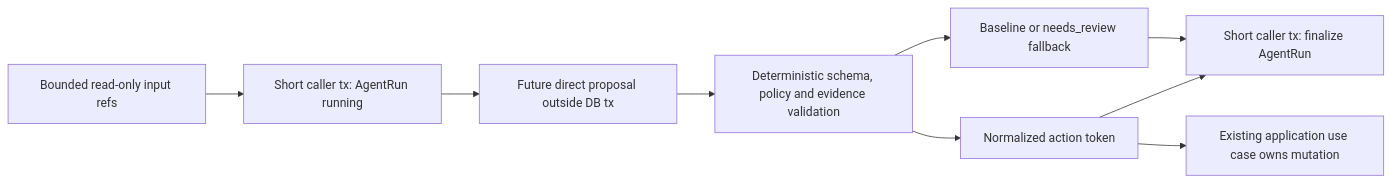
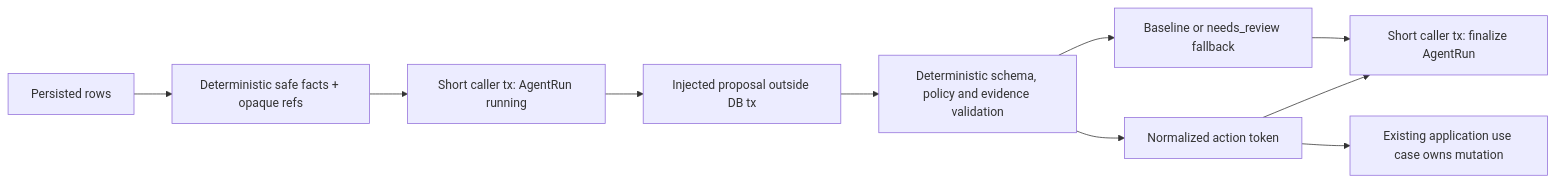
One commit to HPhucTV/DevRadar changed the fifth of 5 diagrams in docs/ARCHITECTURE.md. Above: the diagram before and after it, drawn with Mermaid. The commit also changed other lines of this file and 5 other files, not shown here.

````diff
--- a/docs/ARCHITECTURE.md
+++ b/docs/ARCHITECTURE.md
@@ -119,11 +119,12 @@
 ```mermaid
 flowchart LR
-    I["Bounded read-only input refs"] --> S["Short caller tx: AgentRun running"]
-    S --> D["Future direct proposal outside DB tx"]
+    I["Persisted rows"] --> B["Deterministic safe facts + opaque refs"]
+    B --> S["Short caller tx: AgentRun running"]
+    S --> D["Injected proposal outside DB tx"]
     D --> V["Deterministic schema, policy and evidence validation"]
     V --> A["Normalized action token"]
     V --> F["Baseline or needs_review fallback"]
     A --> T["Short caller tx: finalize AgentRun"]
     F --> T
     A --> W["Existing application use case owns mutation"]
 ```
````
